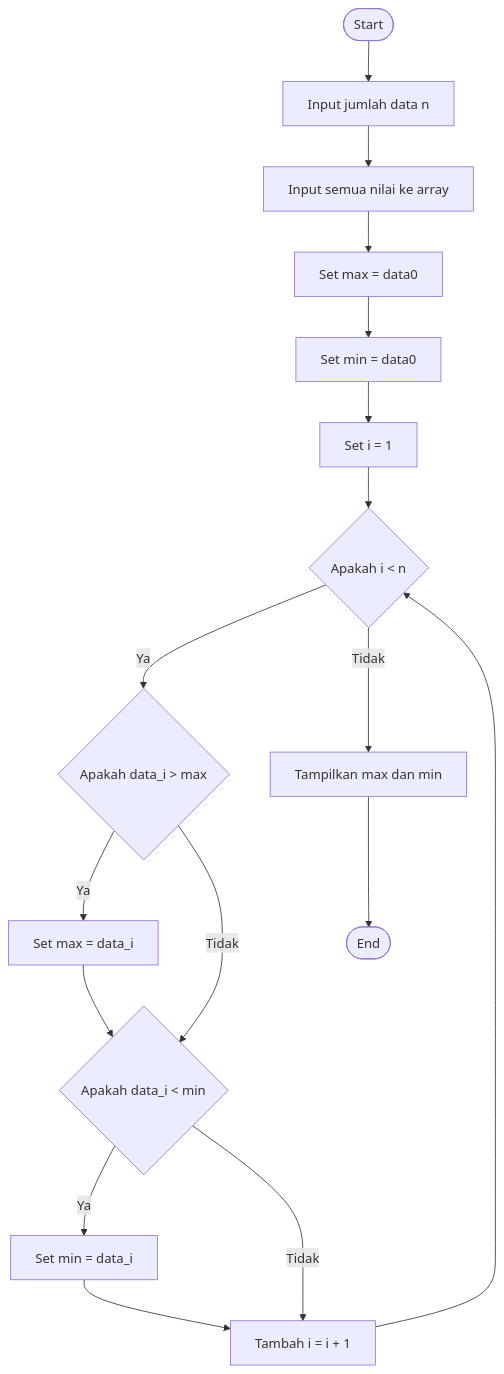
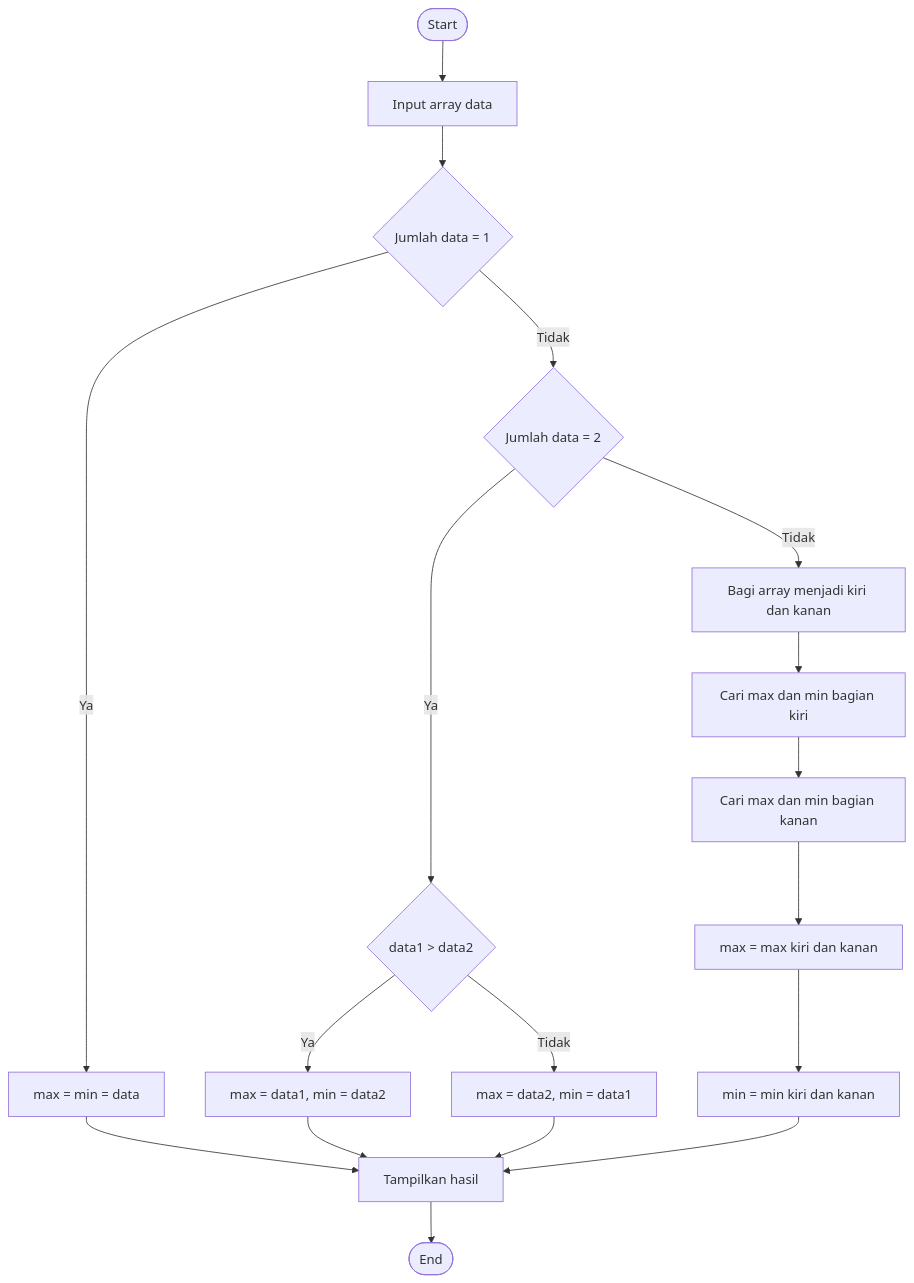
The diagram in flowchart1.md (Akbarbagusw/example), drawn with Mermaid before and after one commit.

Commit message:
Perbarui flowchart untuk memperjelas alur dan konsistensi dalam penamaan variabel

````diff
--- a/flowchart1.md
+++ b/flowchart1.md
@@ -1,24 +1,26 @@
 ```mermaid
 flowchart TD
-    A([Start]) --> B[Input jumlah data n]
-    B --> C[Input semua nilai ke array]
-    C --> D[Set max = data0]
-    D --> E[Set min = data0]
-    E --> F[Set i = 1]
+    A([Start]) --> B[Input array data]
+    B --> C{Jumlah data = 1}
 
-    F --> G{Apakah i < n}
+    C -->|Ya| D[max = min = data]
+    C -->|Tidak| E{Jumlah data = 2}
 
-    G -->|Ya| H{Apakah data_i > max}
-    H -->|Ya| I[Set max = data_i]
-    H -->|Tidak| J{Apakah data_i < min}
+    E -->|Ya| F{data1 > data2}
+    F -->|Ya| G[max = data1, min = data2]
+    F -->|Tidak| H[max = data2, min = data1]
 
-    I --> J
-    J -->|Ya| K[Set min = data_i]
-    J -->|Tidak| L[Tambah i = i + 1]
+    E -->|Tidak| I[Bagi array menjadi kiri dan kanan]
+    I --> J[Cari max dan min bagian kiri]
+    J --> K[Cari max dan min bagian kanan]
 
-    K --> L
-    L --> G
+    K --> L[max = max kiri dan kanan]
+    L --> M[min = min kiri dan kanan]
 
-    G -->|Tidak| M[Tampilkan max dan min]
-    M --> N([End])
+    G --> N[Tampilkan hasil]
+    H --> N
+    D --> N
+    M --> N
+
+    N --> O([End])
 ```
````
